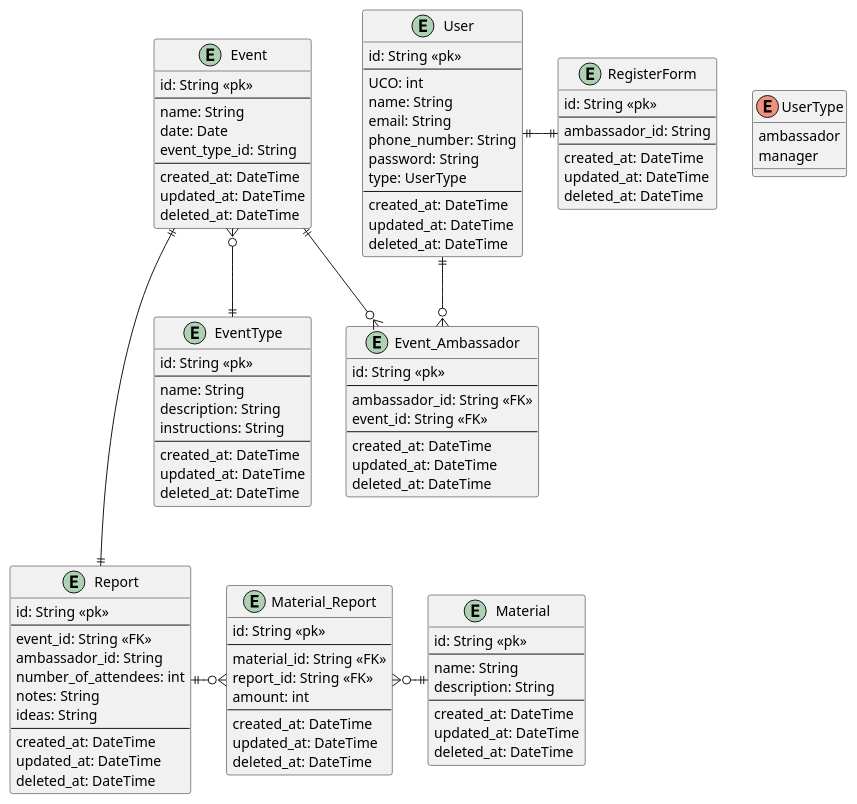
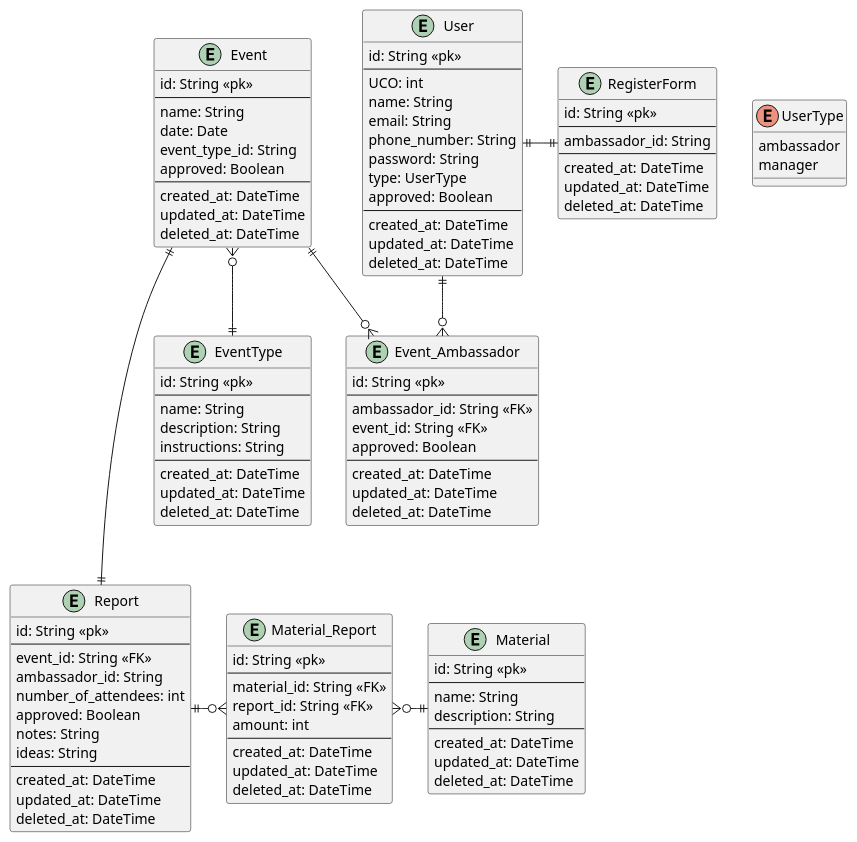
One commit to barhorkaa/ambassadors changed the diagram in diagrams/erd.puml. Above: the diagram before and after it, drawn with PlantUML.

Commit message:
fix(erd): added approved to respective entities

```diff
--- a/diagrams/erd.puml
+++ b/diagrams/erd.puml
@@ -1,117 +1,121 @@
 @startuml
 'https://plantuml.com/entity-diagram
 
 entity RegisterForm {
   id: String <<pk>>
   --
   ambassador_id: String
   'answers
   --
   created_at: DateTime
   updated_at: DateTime
   deleted_at: DateTime
 }
 
 entity User {
   id: String <<pk>>
   --
   UCO: int
   name: String
   email: String
   phone_number: String
   password: String
   type: UserType
+  approved: Boolean
   --
   created_at: DateTime
   updated_at: DateTime
   deleted_at: DateTime
 }
 
 enum UserType {
   ambassador
   manager
 }
 
 entity Event {
   id: String <<pk>>
   --
   name: String
   date: Date
   event_type_id: String
+  approved: Boolean
   --
   created_at: DateTime
   updated_at: DateTime
   deleted_at: DateTime
 }
 
 entity EventType {
   id: String <<pk>>
   --
   name: String
   description: String
   instructions: String
   --
   created_at: DateTime
   updated_at: DateTime
   deleted_at: DateTime
 }
 
 entity Event_Ambassador {
   id: String <<pk>>
   --
   ambassador_id: String <<FK>>
   event_id: String <<FK>>
+  approved: Boolean
   --
   created_at: DateTime
   updated_at: DateTime
   deleted_at: DateTime
 }
 
 entity Report {
   id: String <<pk>>
   --
   event_id: String <<FK>>
   ambassador_id: String
   number_of_attendees: int
+  approved: Boolean
 'photos
   notes: String
   ideas: String
   --
   created_at: DateTime
   updated_at: DateTime
   deleted_at: DateTime
 }
 
 entity Material_Report {
   id: String <<pk>>
   --
   material_id: String <<FK>>
   report_id: String <<FK>>
   amount: int
   --
   created_at: DateTime
   updated_at: DateTime
   deleted_at: DateTime
 }
 
 entity Material {
   id: String <<pk>>
   --
   name: String
   description: String
   --
   created_at: DateTime
   updated_at: DateTime
   deleted_at: DateTime
 }
 
 Report ||-o{ Material_Report
 Material_Report }o-|| Material
 Event ||---|| Report
 
 User ||-|| RegisterForm
 User ||--o{ Event_Ambassador
 Event ||--o{ Event_Ambassador
 Event }o--|| EventType
 
 @enduml
```
